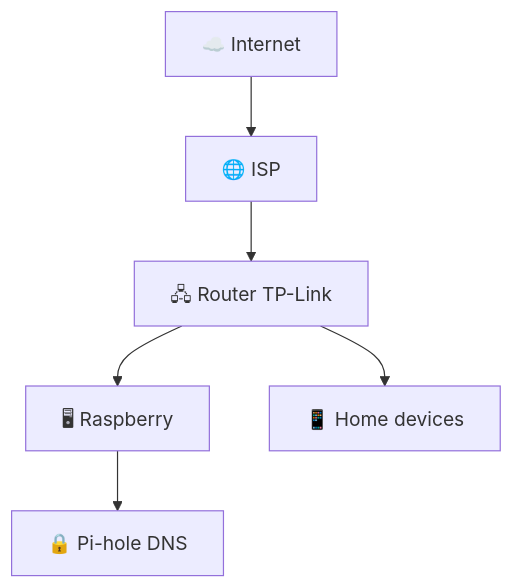
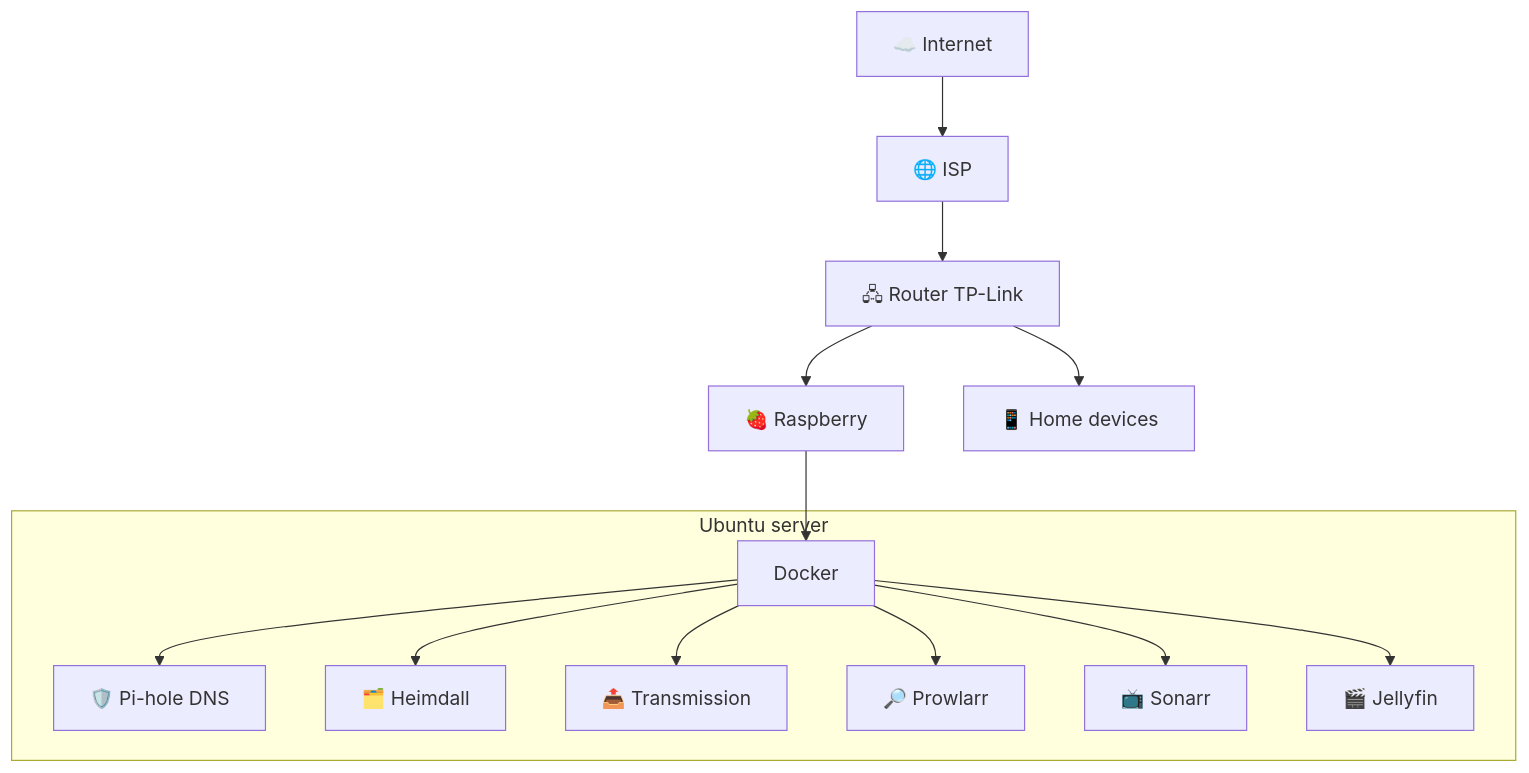
Before and after one commit to dcerbero/homelab: the diagram in README.md, drawn with Mermaid.

Commit message:
update eschema with mermaid part 2

````diff
--- a/README.md
+++ b/README.md
@@ -5,13 +5,28 @@
 ```mermaid
 graph TD
     Internet[☁️ Internet]
     RouterISP[🌐 ISP]
     TPLink[🖧 Router TP-Link]
-    Pi[🖥 Raspberry]
+    Pi[🍓  Raspberry]
     Devices[📱 Home devices]
-    PiHole[🔒 Pi-hole DNS]
+    PiHole[🛡️  Pi-hole DNS]
+    Heimdall[🗂️ Heimdall]
+    Transmission[📤 Transmission]
+    Prowlarr[🔎 Prowlarr]
+    Sonarr[📺 Sonarr]
+    Jellyfin[🎬 Jellyfin ]
+    Docker[Docker]
 
     Internet --> RouterISP --> TPLink
-    TPLink --> Pi --> PiHole
+    TPLink --> Pi 
+    Pi --> Docker
+    subgraph Ubuntu server
+    Docker --> Heimdall
+    Docker --> PiHole
+    Docker --> Transmission
+    Docker --> Prowlarr
+    Docker --> Sonarr
+    Docker --> Jellyfin
+    end
     TPLink --> Devices
 ```
````
